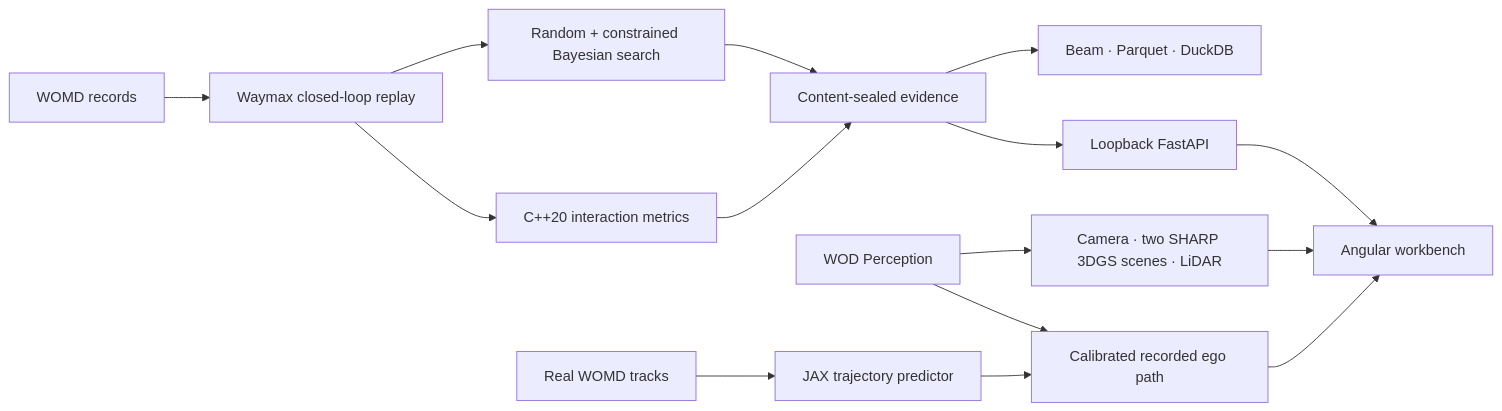
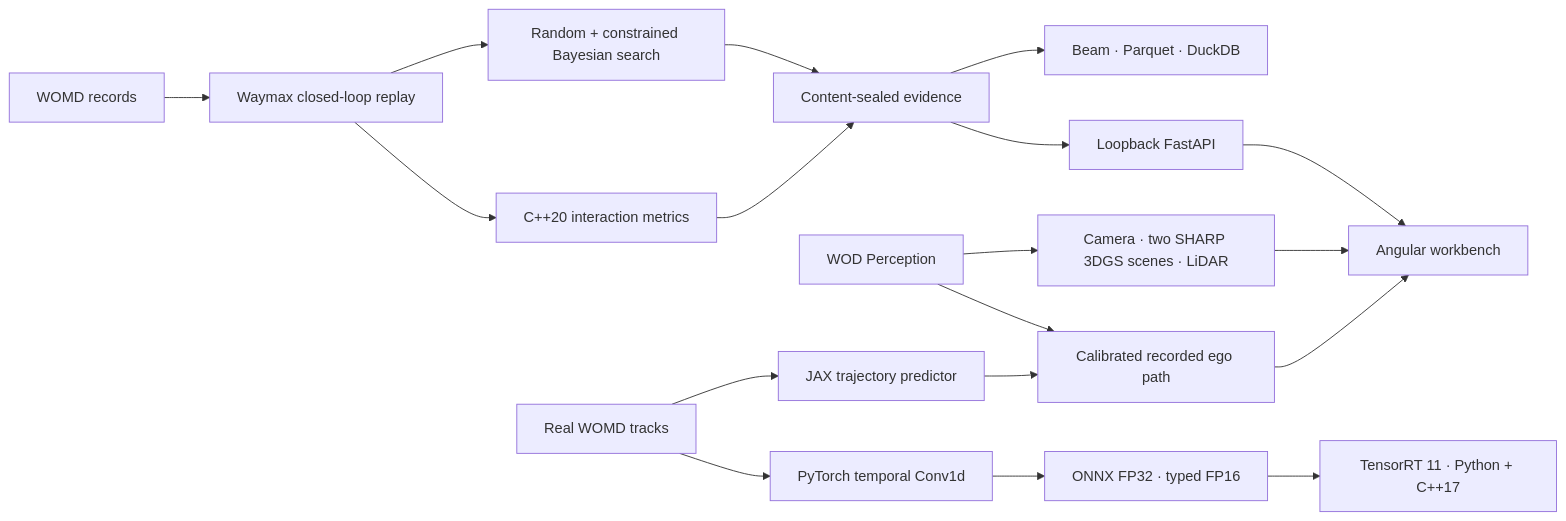
Before and after one commit to ethanvillalovoz/planmargin: the diagram in README.md, drawn with Mermaid. The commit also changed other lines of this file and 32 other files, not shown here.

````diff
--- a/README.md
+++ b/README.md
@@ -158,17 +171,20 @@
 ```mermaid
 flowchart LR
     W["WOMD records"] --> X["Waymax closed-loop replay"]
     X --> S["Random + constrained Bayesian search"]
     X --> C["C++20 interaction metrics"]
     S --> E["Content-sealed evidence"]
     C --> E
     E --> D["Beam · Parquet · DuckDB"]
     E --> A["Loopback FastAPI"]
     M["Real WOMD tracks"] --> J["JAX trajectory predictor"]
+    M --> T["PyTorch temporal Conv1d"]
+    T --> O["ONNX FP32 · typed FP16"]
+    O --> N["TensorRT 11 · Python + C++17"]
     P["WOD Perception"] --> V["Camera · two SHARP 3DGS scenes · LiDAR"]
     P --> R["Calibrated recorded ego path"]
     J --> R
     A --> U["Angular workbench"]
     V --> U
     R --> U
 ```
````
